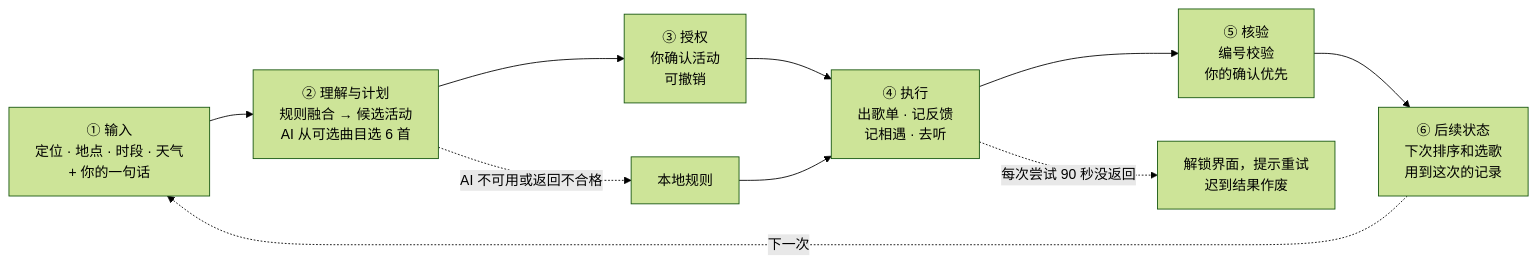
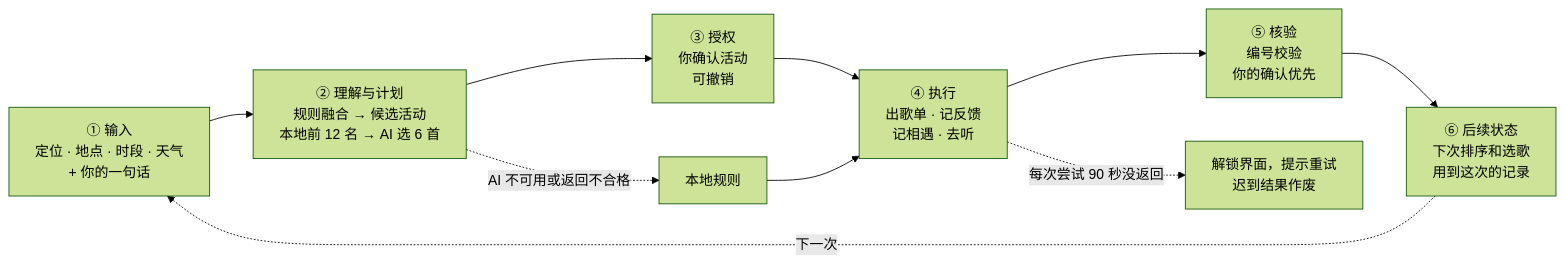
Before and after one commit to peterdlick-stack/agentic-app: the first of 2 diagrams in README.md, drawn with Mermaid (forest theme). The commit also changed other lines of this file, not shown here.

````diff
--- a/README.md
+++ b/README.md
@@ -96,12 +98,12 @@
 ```mermaid
 flowchart LR
-  I[① 输入<br/>定位 · 地点 · 时段 · 天气<br/>+ 你的一句话] --> U[② 理解与计划<br/>规则融合 → 候选活动<br/>AI 从可选曲目选 6 首]
+  I[① 输入<br/>定位 · 地点 · 时段 · 天气<br/>+ 你的一句话] --> U[② 理解与计划<br/>规则融合 → 候选活动<br/>本地前 12 名 → AI 选 6 首]
   U --> A[③ 授权<br/>你确认活动<br/>可撤销]
   A --> X[④ 执行<br/>出歌单 · 记反馈<br/>记相遇 · 去听]
   X --> V[⑤ 核验<br/>编号校验<br/>你的确认优先]
   V --> S[⑥ 后续状态<br/>下次排序和选歌<br/>用到这次的记录]
   S -. 下一次 .-> I
   U -. AI 不可用或返回不合格 .-> L[本地规则]
   L --> X
   X -. 每次尝试 90 秒没返回 .-> R[解锁界面，提示重试<br/>迟到结果作废]
 ```
````
